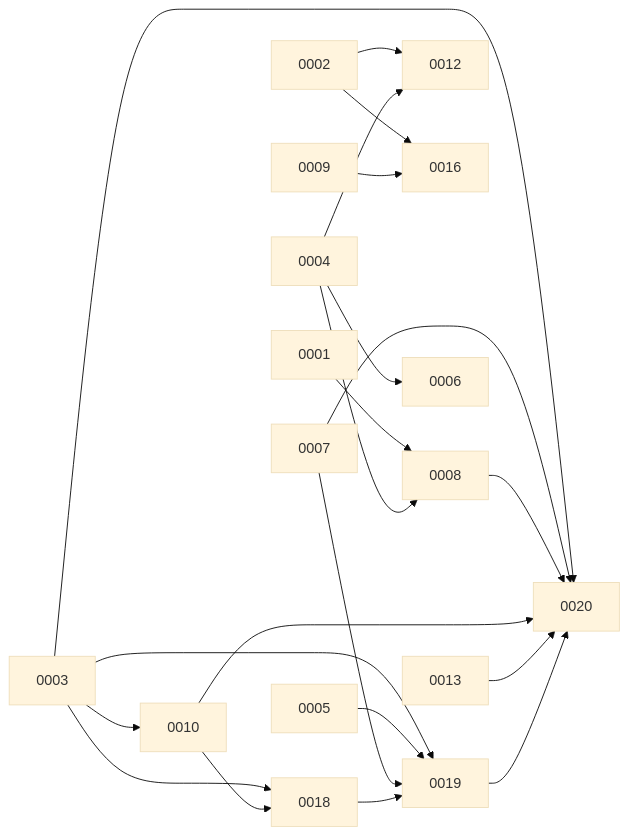
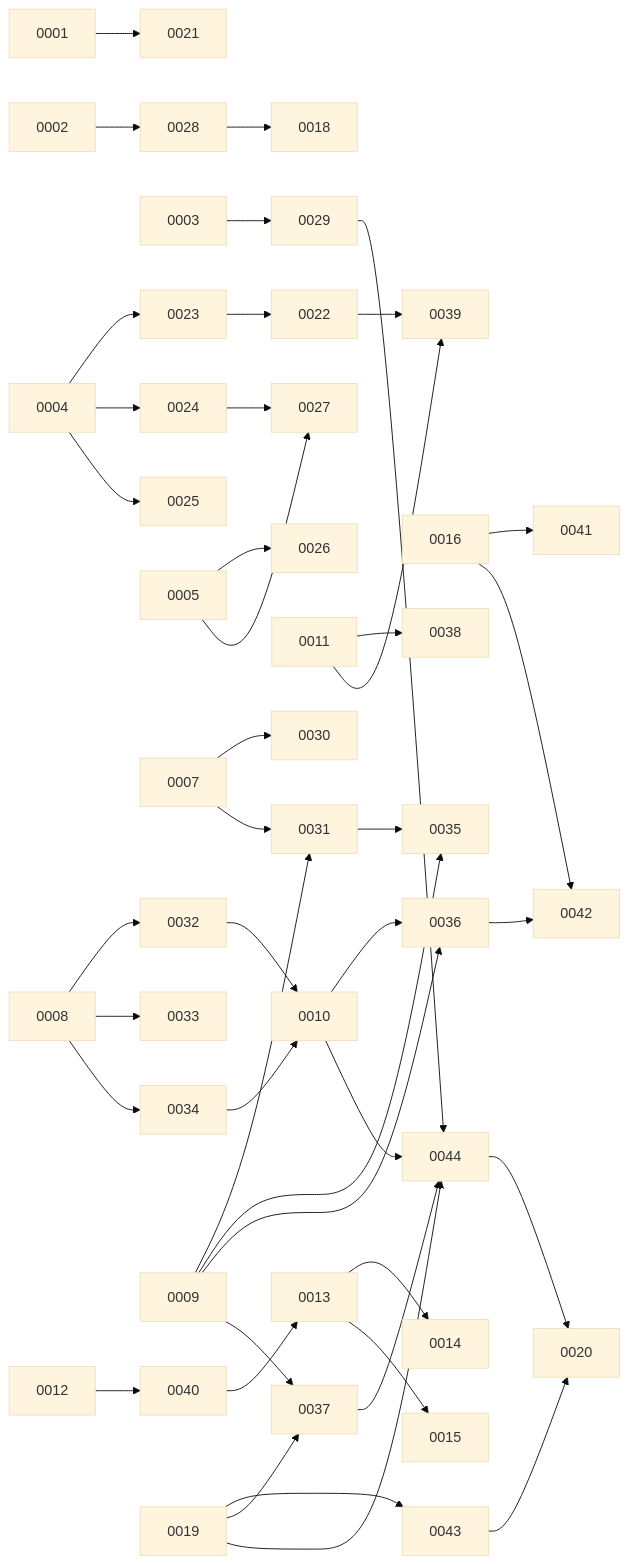
The second of 2 diagrams in rfcs/RFC_MAP.md (ryo-morimoto/moti), drawn with Mermaid (base theme) before and after one commit. The commit also changed other lines of this file and 37 other files, not shown here.

````diff
--- a/rfcs/RFC_MAP.md
+++ b/rfcs/RFC_MAP.md
@@ -40,23 +75,45 @@
 ```mermaid
 flowchart LR
-  R0001[0001] --> R0008[0008]
-  R0002[0002] --> R0012[0012]
-  R0002 --> R0016[0016]
-  R0003[0003] --> R0010[0010]
-  R0003 --> R0018[0018]
-  R0003 --> R0019[0019]
-  R0003 --> R0020[0020]
-  R0004[0004] --> R0006[0006]
-  R0004 --> R0008[0008]
-  R0004 --> R0012[0012]
-  R0005[0005] --> R0019[0019]
-  R0007[0007] --> R0019[0019]
-  R0007 --> R0020[0020]
-  R0008[0008] --> R0020[0020]
-  R0010[0010] --> R0018[0018]
-  R0010 --> R0020[0020]
-  R0009[0009] --> R0016[0016]
-  R0013[0013] --> R0020[0020]
-  R0018[0018] --> R0019[0019]
-  R0019[0019] --> R0020[0020]
+  R0001[0001] --> R0021[0021]
+  R0002[0002] --> R0028[0028]
+  R0003[0003] --> R0029[0029]
+  R0028[0028] --> R0018[0018]
+  R0029[0029] --> R0044[0044]
+  R0016[0016] --> R0041[0041]
+  R0016 --> R0042[0042]
+  R0004[0004] --> R0023[0023]
+  R0004 --> R0024[0024]
+  R0004 --> R0025[0025]
+  R0023 --> R0022[0022]
+  R0024 --> R0027[0027]
+  R0005[0005] --> R0026[0026]
+  R0005 --> R0027
+  R0022 --> R0039[0039]
+  R0011[0011] --> R0038[0038]
+  R0011 --> R0039
+  R0007[0007] --> R0030[0030]
+  R0007 --> R0031[0031]
+  R0008[0008] --> R0032[0032]
+  R0008 --> R0033[0033]
+  R0008 --> R0034[0034]
+  R0032 --> R0010[0010]
+  R0010 --> R0036[0036]
+  R0031 --> R0035[0035]
+  R0009[0009] --> R0031[0031]
+  R0034 --> R0010
+  R0009[0009] --> R0035
+  R0009 --> R0036[0036]
+  R0009 --> R0037[0037]
+  R0036 --> R0042[0042]
+  R0037 --> R0044[0044]
+  R0012[0012] --> R0040[0040]
+  R0040 --> R0013[0013]
+  R0013 --> R0014[0014]
+  R0013 --> R0015[0015]
+  R0019[0019] --> R0043[0043]
+  R0019 --> R0037[0037]
+  R0019 --> R0044
+  R0010 --> R0044
+  R0043 --> R0020[0020]
+  R0044 --> R0020
 ```
````
